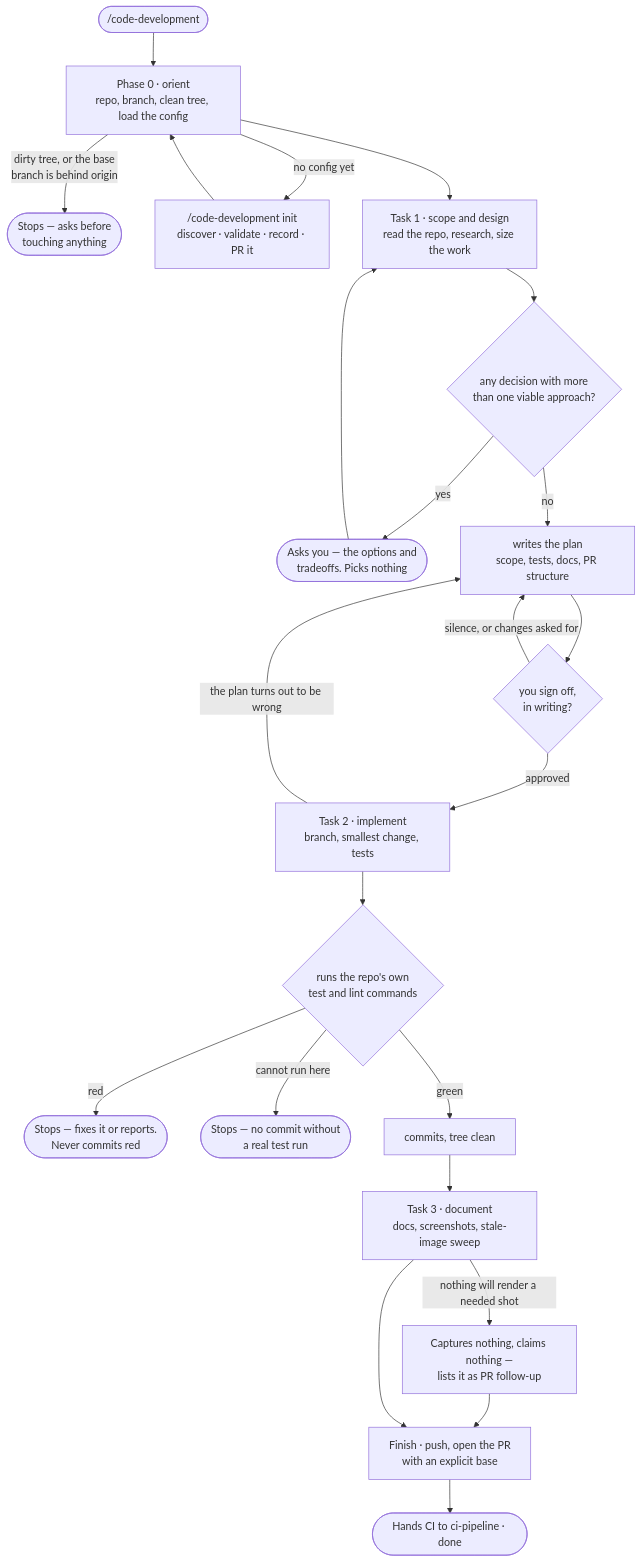
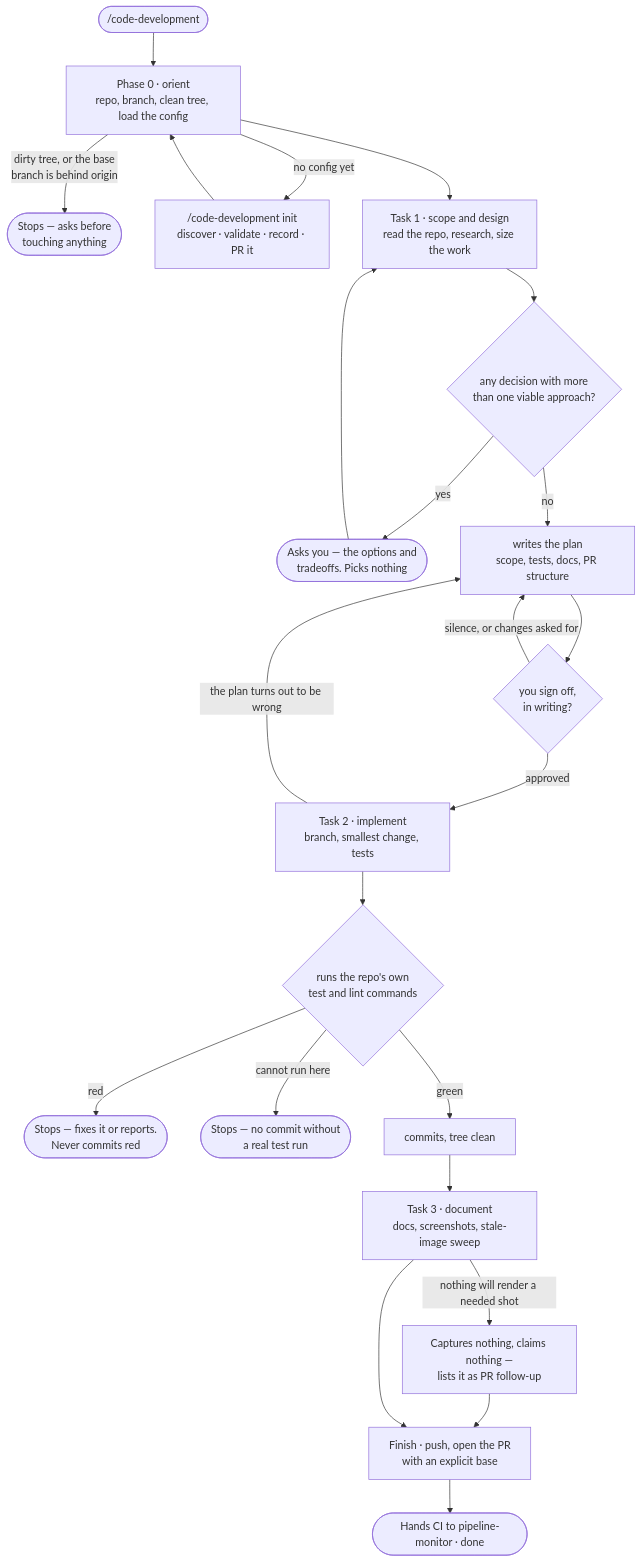
One commit to dawg-io/claude-skills changed the second of 2 diagrams in code-development/README.md. Above: the diagram before and after it, drawn with Mermaid. The commit also changed other lines of this file and 46 other files, not shown here.

````diff
--- a/code-development/README.md
+++ b/code-development/README.md
@@ -126,25 +126,25 @@
 ```mermaid
 flowchart TD
     go(["/code-development"]) --> p0["Phase 0 · orient<br/>repo, branch, clean tree, load the config"]
     p0 -->|"dirty tree, or the base<br/>branch is behind origin"| s0(["Stops — asks before<br/>touching anything"])
     p0 -->|"no config yet"| setup["/code-development init<br/>discover · validate · record · PR it"]
     setup --> p0
     p0 --> t1["Task 1 · scope and design<br/>read the repo, research, size the work"]
     t1 --> q1{"any decision with more<br/>than one viable approach?"}
     q1 -->|"yes"| ask(["Asks you — the options and<br/>tradeoffs. Picks nothing"])
     ask --> t1
     q1 -->|"no"| plan["writes the plan<br/>scope, tests, docs, PR structure"]
     plan --> g1{"you sign off,<br/>in writing?"}
     g1 -->|"silence, or changes asked for"| plan
     g1 -->|"approved"| t2["Task 2 · implement<br/>branch, smallest change, tests"]
     t2 -->|"the plan turns out to be wrong"| plan
     t2 --> gate{"runs the repo's own<br/>test and lint commands"}
     gate -->|"red"| s1(["Stops — fixes it or reports.<br/>Never commits red"])
     gate -->|"cannot run here"| s2(["Stops — no commit without<br/>a real test run"])
     gate -->|"green"| commit["commits, tree clean"]
     commit --> t3["Task 3 · document<br/>docs, screenshots, stale-image sweep"]
     t3 -->|"nothing will render a needed shot"| s3["Captures nothing, claims nothing —<br/>lists it as PR follow-up"]
     s3 --> fin
     t3 --> fin["Finish · push, open the PR<br/>with an explicit base"]
-    fin --> handoff(["Hands CI to ci-pipeline · done"])
+    fin --> handoff(["Hands CI to pipeline-monitor · done"])
 ```
````
